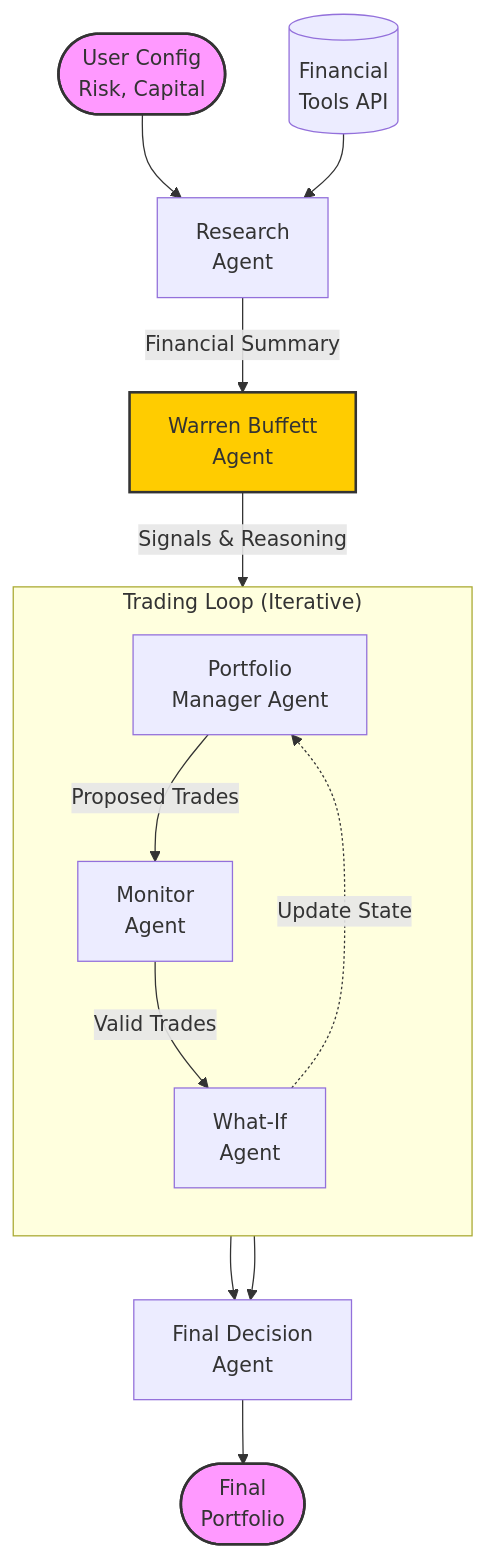
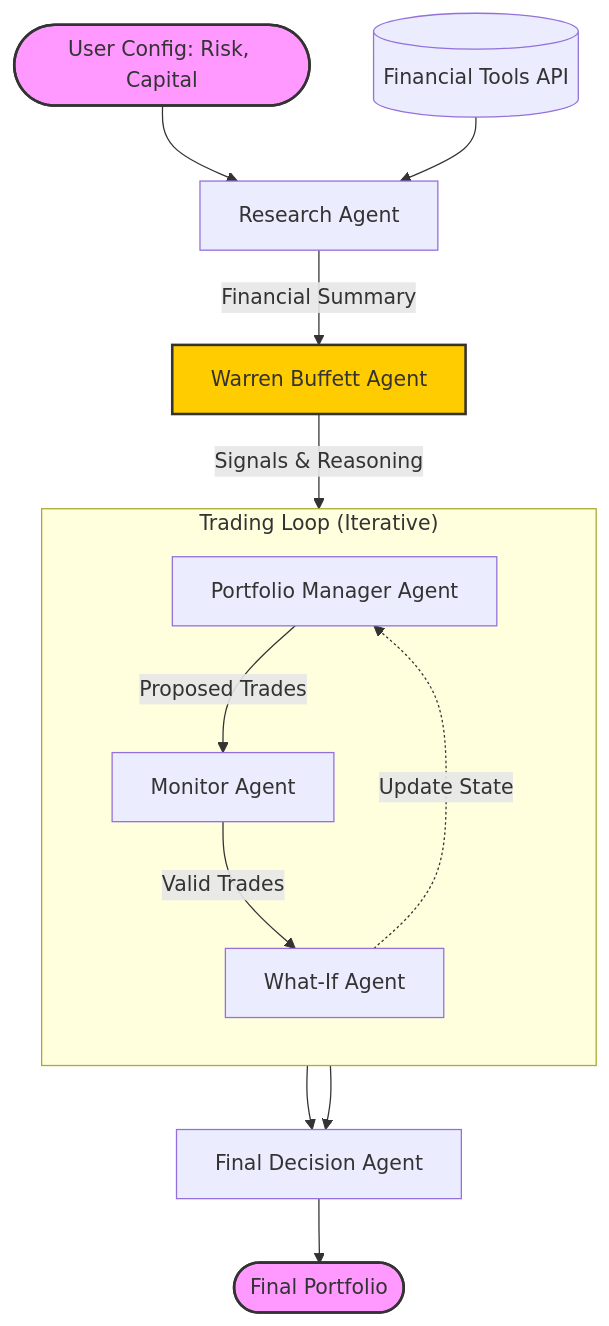
One commit to fede-giorgi/ai-agent changed the diagram in README.md. Above: the diagram before and after it, drawn with Mermaid.

Commit message:
Refactor README.md for improved readability

````diff
--- a/README.md
+++ b/README.md
@@ -15,37 +15,37 @@
 ```mermaid
 graph TD
     %% Nodes
-    User([User Config\nRisk, Capital])
-    Tools[(Financial\nTools API)]
-    Research[Research\nAgent]
-    Buffett[Warren Buffett\nAgent]
+    User([User Config: Risk, Capital])
+    Tools[(Financial Tools API)]
+    Research[Research Agent]
+    Buffett[Warren Buffett Agent]
     
     subgraph "Trading Loop (Iterative)"
         direction TB
-        PM[Portfolio\nManager Agent]
-        Monitor[Monitor\nAgent]
-        WhatIf[What-If\nAgent]
+        PM[Portfolio Manager Agent]
+        Monitor[Monitor Agent]
+        WhatIf[What-If Agent]
     end
     
-    Final[Final Decision\nAgent]
-    Output([Final\nPortfolio])
+    Final[Final Decision Agent]
+    Output([Final Portfolio])
 
     %% Edges
     User --> Research
     Tools --> Research
     Research -- "Financial Summary" --> Buffett
     Buffett -- "Signals & Reasoning" --> PM
     
     PM -- "Proposed Trades" --> Monitor
     Monitor -- "Valid Trades" --> WhatIf
     WhatIf -.-> |"Update State"| PM
     
     WhatIf --> Final
     PM --> Final
     Final --> Output
     
     %% Styling
     style User fill:#f9f,stroke:#333,stroke-width:2px
     style Output fill:#f9f,stroke:#333,stroke-width:2px
     style Buffett fill:#ffcc00,stroke:#333,stroke-width:2px
 ```
````
